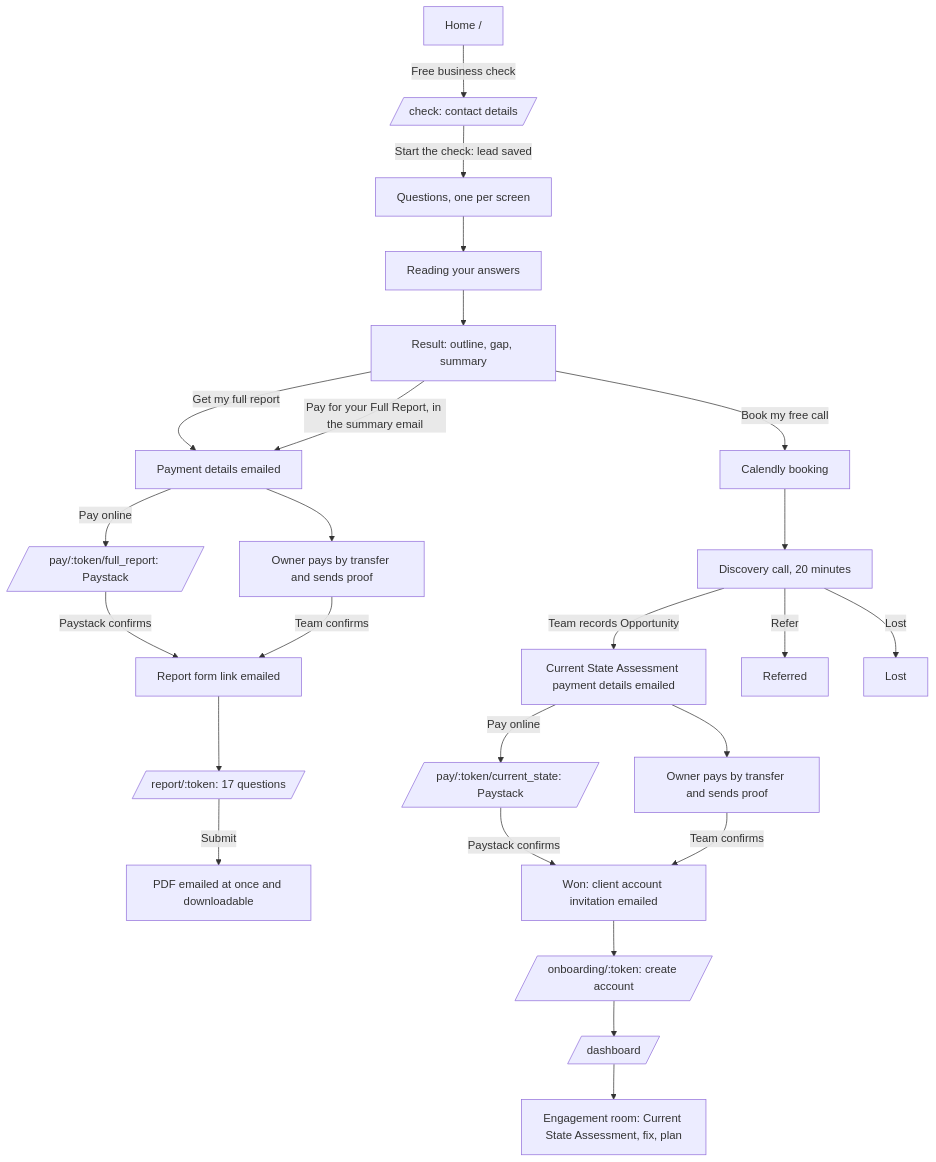
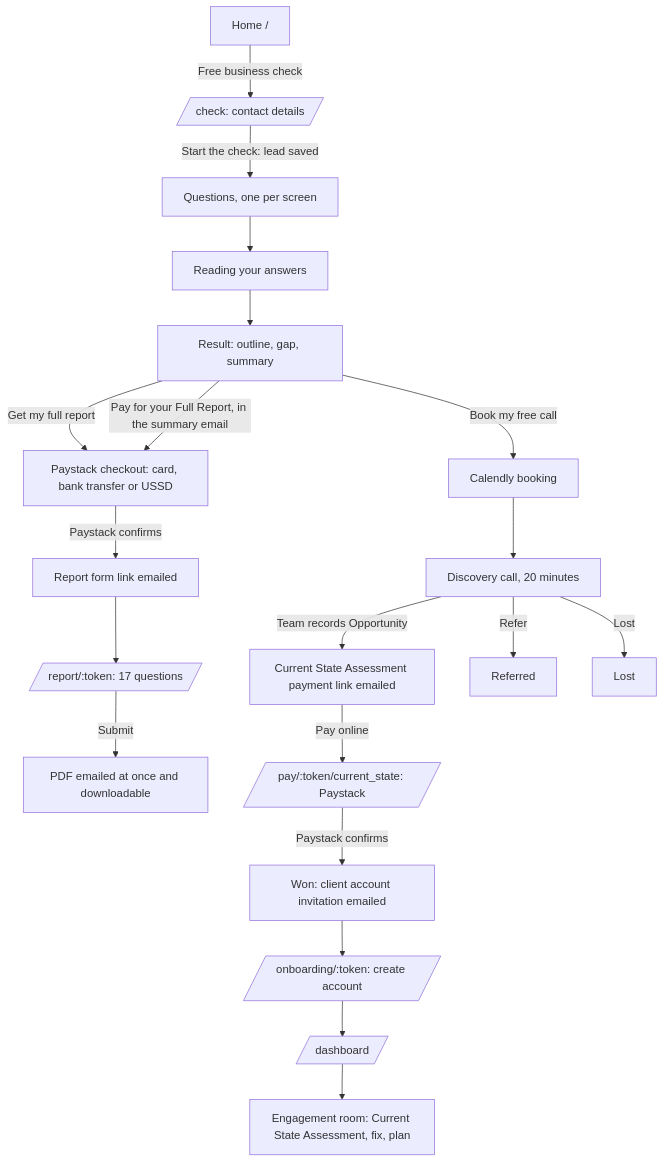
One commit to IPfactory01/IPF-SME changed the first of 3 diagrams in docs/product/03-app-flow.md. Above: the diagram before and after it, drawn with Mermaid. The commit also changed other lines of this file and 30 other files, not shown here.

First line of the commit message:
Paystack only: no bank transfer, no proof of payment; the result page opens Paystack

````diff
--- a/docs/product/03-app-flow.md
+++ b/docs/product/03-app-flow.md
@@ -52,27 +52,22 @@
 ```mermaid
 flowchart TD
   A[Home /] -->|Free business check| B[/check: contact details/]
   B -->|Start the check: lead saved| C[Questions, one per screen]
   C --> D[Reading your answers]
   D --> E[Result: outline, gap, summary]
   E -->|Book my free call| F[Calendly booking]
-  E -->|Get my full report| G[Payment details emailed]
-  E -->|Pay for your Full Report, in the summary email| G
-  G -->|Pay online| GP[/pay/:token/full_report: Paystack/]
-  GP -->|Paystack confirms| G3
-  G --> G2[Owner pays by transfer and sends proof]
-  G2 -->|Team confirms| G3[Report form link emailed]
+  E -->|Get my full report| GP[Paystack checkout: card, bank transfer or USSD]
+  E -->|Pay for your Full Report, in the summary email| GP
+  GP -->|Paystack confirms| G3[Report form link emailed]
   G3 --> G4[/report/:token: 17 questions/]
   G4 -->|Submit| G5[PDF emailed at once and downloadable]
   F --> H[Discovery call, 20 minutes]
-  H -->|Team records Opportunity| I[Current State Assessment payment details emailed]
+  H -->|Team records Opportunity| I[Current State Assessment payment link emailed]
   H -->|Refer| R[Referred]
   H -->|Lost| L[Lost]
   I -->|Pay online| IP[/pay/:token/current_state: Paystack/]
-  IP -->|Paystack confirms| J
-  I --> I2[Owner pays by transfer and sends proof]
-  I2 -->|Team confirms| J[Won: client account invitation emailed]
+  IP -->|Paystack confirms| J[Won: client account invitation emailed]
   J --> K[/onboarding/:token: create account/]
   K --> M[/dashboard/]
   M --> N[Engagement room: Current State Assessment, fix, plan]
 ```
````
